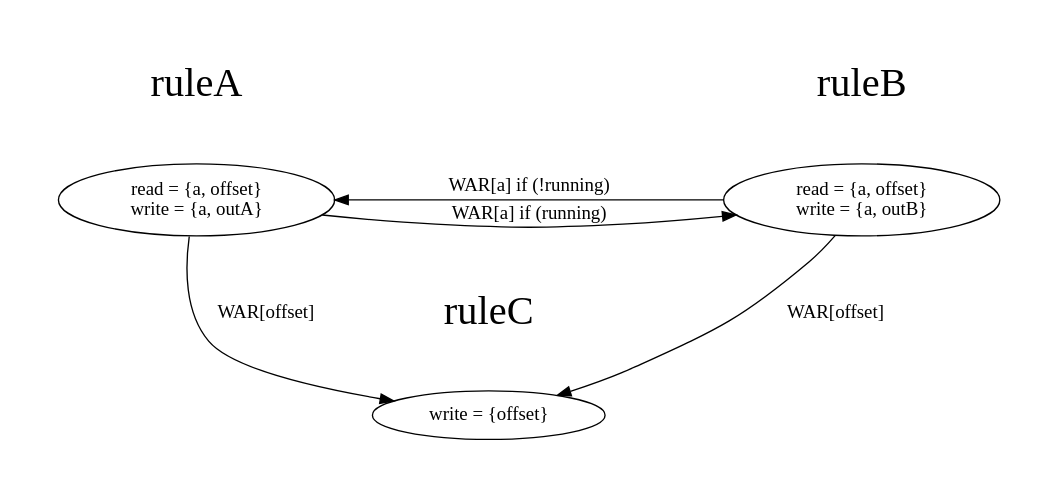
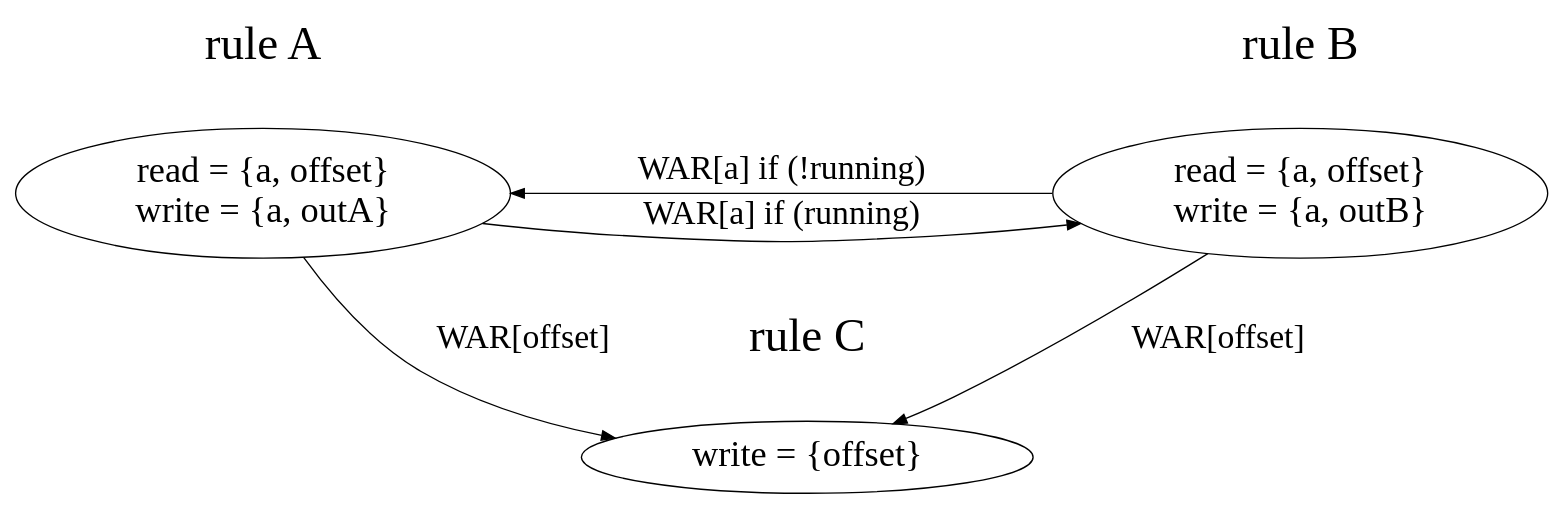
One commit to cambridgehackers/atomicc changed the diagram in doc/orderschedule.dot. Above: the diagram before and after it, drawn with Graphviz. The commit also changed 2 other files, not shown here.

```diff
--- a/doc/orderschedule.dot
+++ b/doc/orderschedule.dot
@@ -1,26 +1,26 @@
 digraph figorderschedule
 {
   size = "600,600";
   nodesep = "2";
-  pad = "0.5";
+  //pad = "0.5";
   { rank=same;
-  ruleNameA [fontsize=30, shape=plaintext, label="ruleA"];
-  ruleNameB [fontsize=30, shape=plaintext, label="ruleB"];
+  ruleNameA [fontsize=35, shape=plaintext, label="rule A"];
+  ruleNameB [fontsize=35, shape=plaintext, label="rule B"];
   }
   { rank=same;
-  ruleB [label="read = {a, offset}\nwrite = {a, outB}"];
-  ruleA [label="read = {a, offset}\nwrite = {a, outA}"];
+  ruleB [fontsize=27, label="read = {a, offset}\nwrite = {a, outB}"];
+  ruleA [fontsize=27, label="read = {a, offset}\nwrite = {a, outA}"];
   }
-  ruleNameC [fontsize=30, shape=plaintext, label="ruleC"];
-  ruleC [label="write = {offset}"];
+  ruleNameC [fontsize=35, shape=plaintext, label="rule C"];
+  ruleC [fontsize=27, label="write = {offset}"];
 
-  ruleA -> ruleB [label="WAR[a] if (running)"];
-  ruleB -> ruleA [label="WAR[a] if (!running)"];
-  ruleA -> ruleC [label="WAR[offset]"];
-  ruleC -> ruleB [dir="back", label="WAR[offset]"];
+  ruleA -> ruleB [fontsize=25, label="WAR[a] if (running)"];
+  ruleB -> ruleA [fontsize=25, label="WAR[a] if (!running)"];
+  ruleA -> ruleC [fontsize=25, label="WAR[offset]"];
+  ruleC -> ruleB [dir="back", fontsize=25, label="WAR[offset]"];
   ruleNameA -> ruleA [style = invis];
   ruleNameB -> ruleB [style = invis];
   ruleA -> ruleNameC [style = invis];
   ruleNameC -> ruleB [dir=back, style=invis];
   ruleNameC -> ruleC [style = invis];
 }
```
